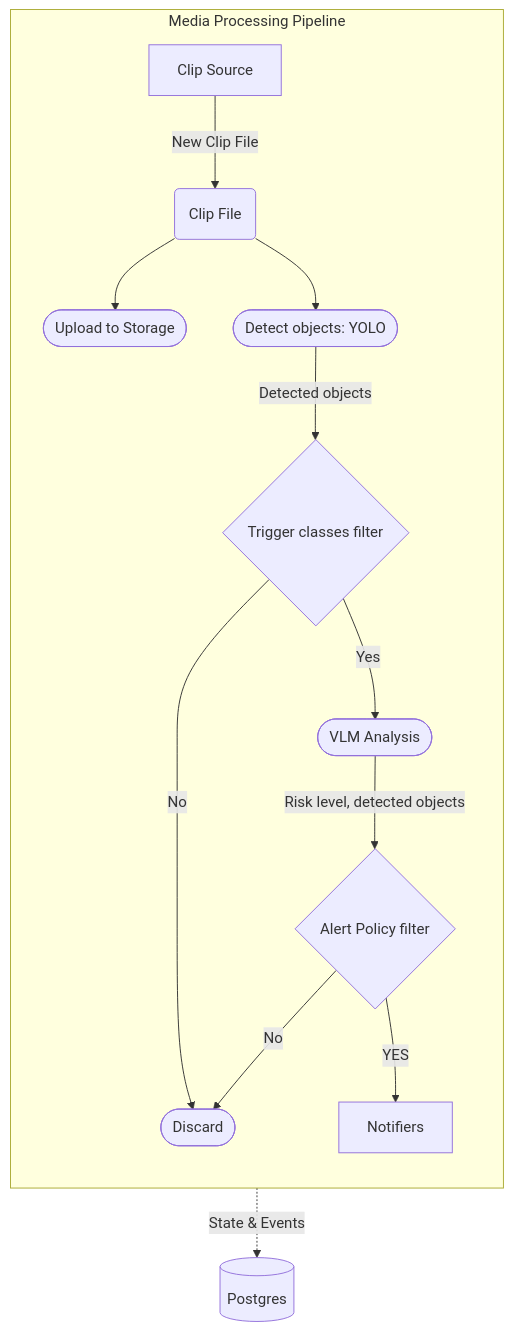
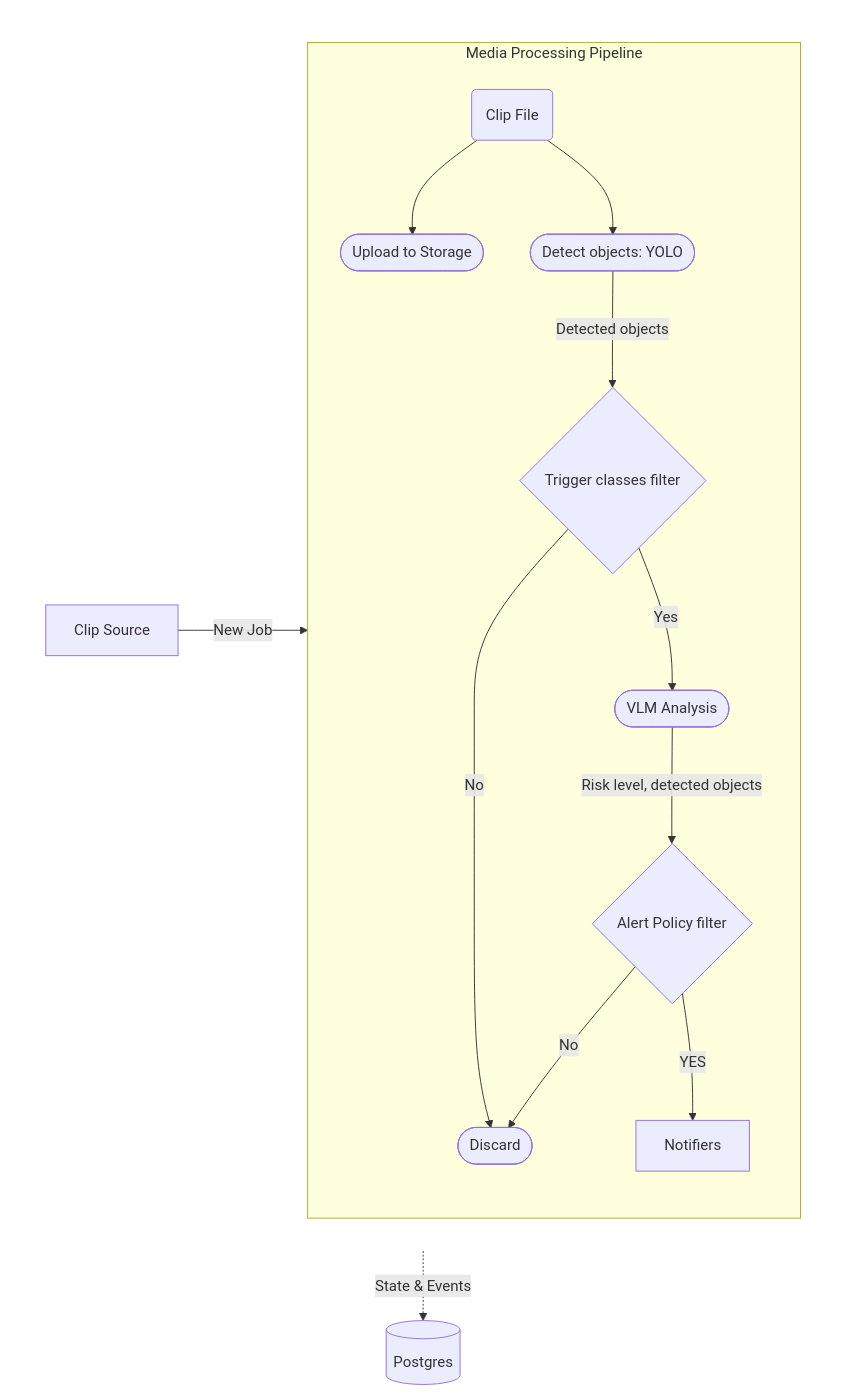
The diagram in README.md (lan17/homesec), drawn with Mermaid before and after one commit.

Commit message:
docs: refine mermaid layout with nested wrapper subgraph

````diff
--- a/README.md
+++ b/README.md
@@ -21,18 +21,27 @@
 ```mermaid
 graph TD
-    subgraph Pipeline [Media Processing Pipeline]
-        direction TB
-        S[Clip Source] -->|New Clip File| C(Clip File)
-        C --> U([Upload to Storage])
-        C --> F([Detect objects: YOLO])
-        F -->|Detected objects| AI{Trigger classes filter}
-        AI -->|Yes| V([VLM Analysis])
-        AI -->|No| D([Discard])
-        V -->|Risk level, detected objects| P{Alert Policy filter}
-        P -->|No| D
-        P -->|YES| N[Notifiers]
+    %% Layout Wrapper for horizontal alignment
+    subgraph Wrapper [" "]
+        direction LR
+        style Wrapper fill:none,stroke:none
+        
+        S[Clip Source]
+        
+        subgraph Pipeline [Media Processing Pipeline]
+            direction TB
+            C(Clip File) --> U([Upload to Storage])
+            C --> F([Detect objects: YOLO])
+            F -->|Detected objects| AI{Trigger classes filter}
+            AI -->|Yes| V([VLM Analysis])
+            AI -->|No| D([Discard])
+            V -->|Risk level, detected objects| P{Alert Policy filter}
+            P -->|No| D
+            P -->|YES| N[Notifiers]
+        end
+        
+        S -->|New Job| C
     end
 
     PG[(Postgres)]
-    Pipeline -.->|State & Events| PG
+    C -.->|State & Events| PG
 ```
````
